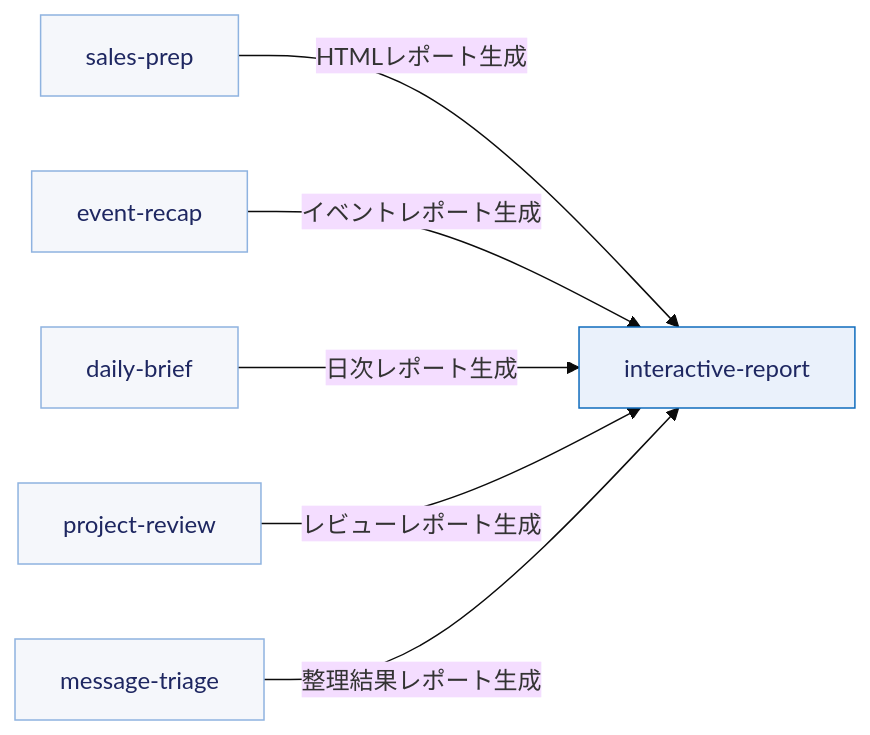
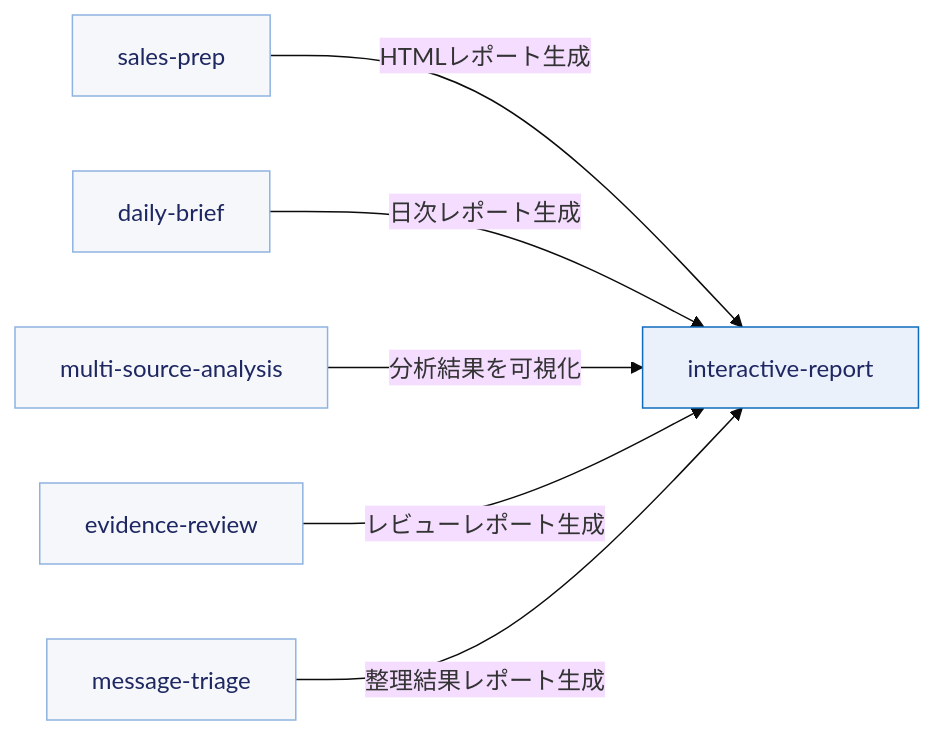
Before and after one commit to geekfujiwara/copilot-cowork-skills: the diagram in README.md, drawn with Mermaid (base theme). The commit also changed other lines of this file and 29 other files, not shown here.

First line of the commit message:
feat: generalize analysis and review skills

````diff
--- a/README.md
+++ b/README.md
@@ -42,20 +42,20 @@
 ```mermaid
 flowchart LR
 	SP[sales-prep]
-	ER[event-recap]
 	DB[daily-brief]
-	PR[project-review]
+	MSA[multi-source-analysis]
+	EV[evidence-review]
 	MT[message-triage]
 	IR[interactive-report]
 
 	SP -->|HTMLレポート生成| IR
-	ER -->|イベントレポート生成| IR
 	DB -->|日次レポート生成| IR
-	PR -->|レビューレポート生成| IR
+	MSA -->|分析結果を可視化| IR
+	EV -->|レビューレポート生成| IR
 	MT -->|整理結果レポート生成| IR
 
 	classDef caller fill:#F5F7FB,stroke:#8FB3E0,color:#1E2761;
 	classDef shared fill:#EAF1FB,stroke:#0F6CBD,color:#1E2761;
-	class SP,ER,DB,PR,MT caller;
+	class SP,DB,MSA,EV,MT caller;
 	class IR shared;
 ```
````
